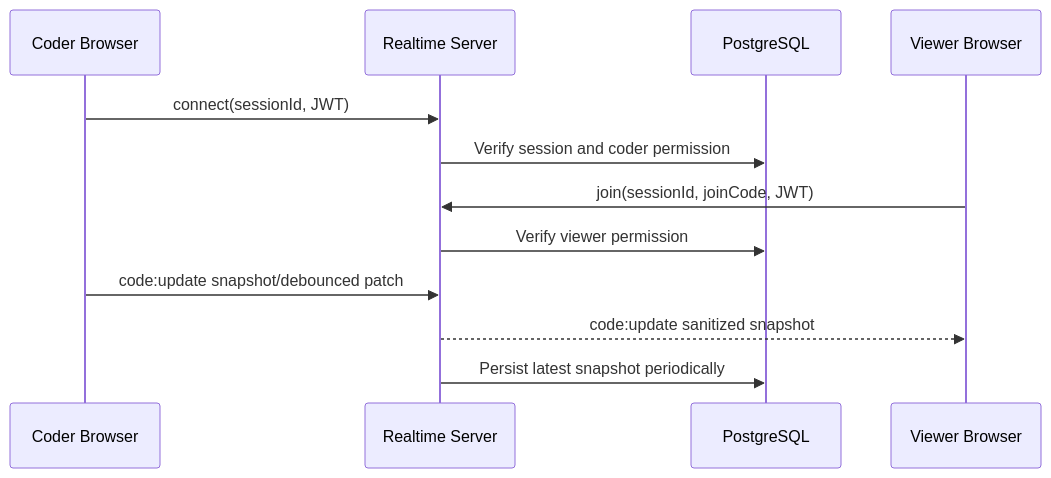
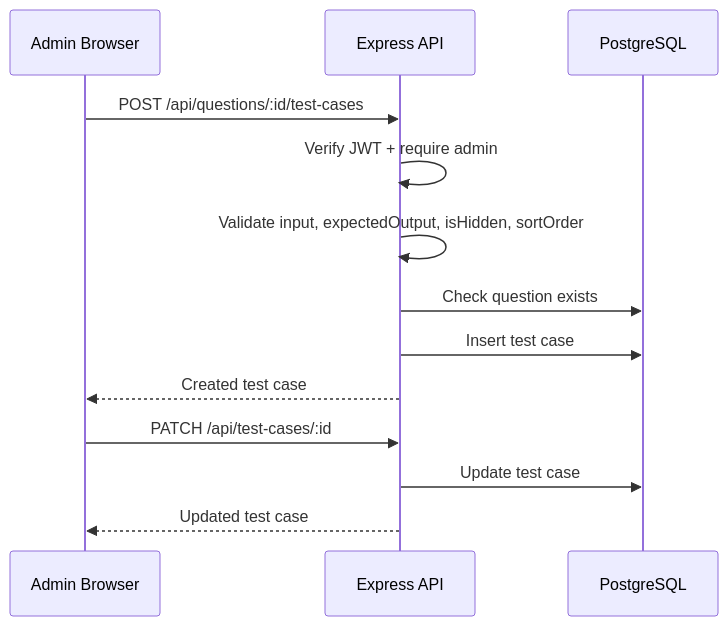
One commit to thinh2711/IDE_Online changed the second of 2 diagrams in docs/week-5-lld.md. Above: the diagram before and after it, drawn with Mermaid. The commit also changed other lines of this file and 4 other files, not shown here.

Commit message:
feat: Add sequence diagrams for admin test case management and code execution

````diff
--- a/docs/week-5-lld.md
+++ b/docs/week-5-lld.md
@@ -264,15 +278,16 @@
 ```mermaid
 sequenceDiagram
-  participant C as Coder Browser
-  participant R as Realtime Server
+  participant A as Admin Browser
+  participant API as Express API
   participant DB as PostgreSQL
-  participant V as Viewer Browser
 
-  C->>R: connect(sessionId, JWT)
-  R->>DB: Verify session and coder permission
-  V->>R: join(sessionId, joinCode, JWT)
-  R->>DB: Verify viewer permission
-  C->>R: code:update snapshot/debounced patch
-  R-->>V: code:update sanitized snapshot
-  R->>DB: Persist latest snapshot periodically
+  A->>API: POST /api/questions/:id/test-cases
+  API->>API: Verify JWT + require admin
+  API->>API: Validate input, expectedOutput, isHidden, sortOrder
+  API->>DB: Check question exists
+  API->>DB: Insert test case
+  API-->>A: Created test case
+  A->>API: PATCH /api/test-cases/:id
+  API->>DB: Update test case
+  API-->>A: Updated test case
 ```
````
